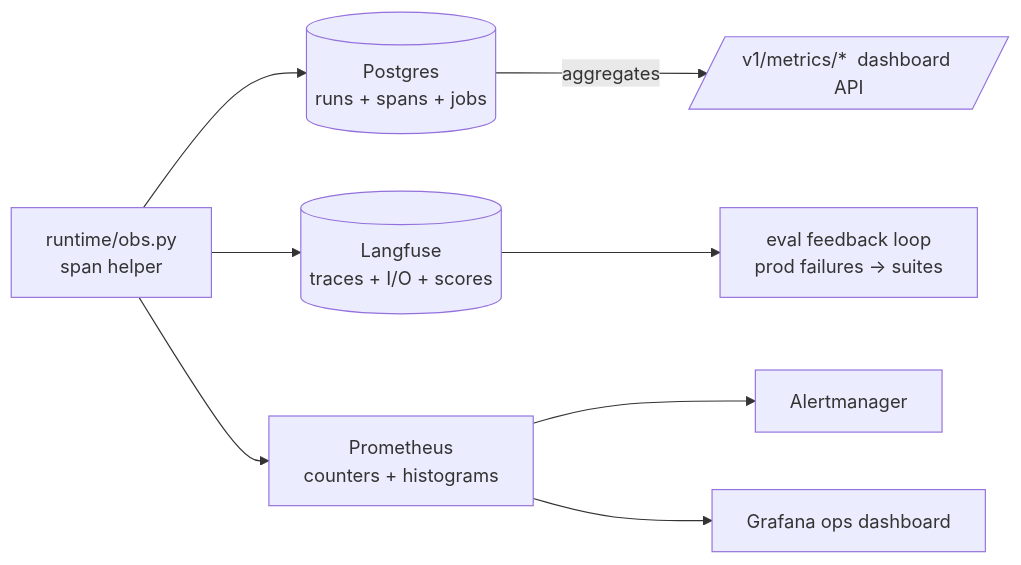
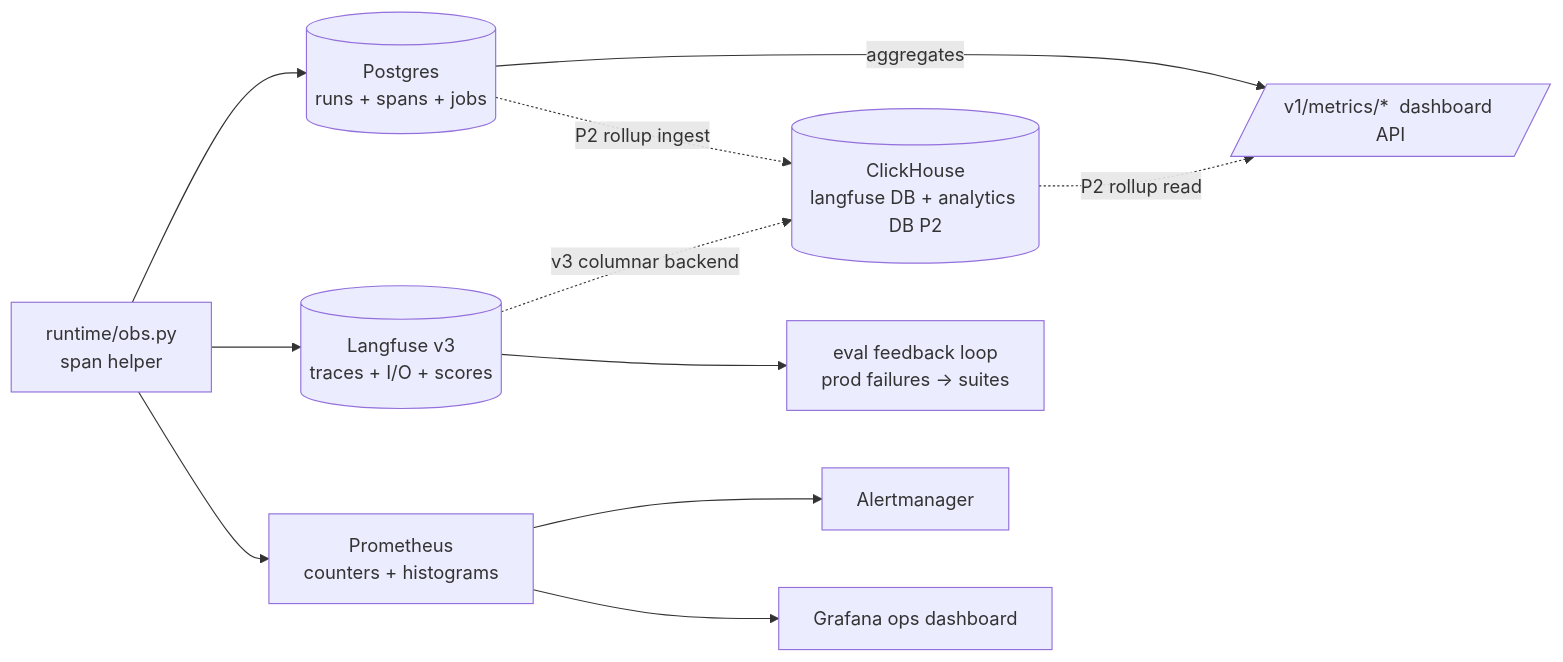
Before and after one commit to gargraman/agent-catalyst: the diagram in docs/backend/10-observability-monitoring.md, drawn with Mermaid. The commit also changed other lines of this file and 68 other files, not shown here.

````diff
--- a/docs/backend/10-observability-monitoring.md
+++ b/docs/backend/10-observability-monitoring.md
@@ -91,10 +92,13 @@
 ```mermaid
 flowchart LR
   RT[runtime/obs.py<br/>span helper] --> PG[(Postgres<br/>runs + spans + jobs)]
-  RT --> LF[(Langfuse<br/>traces + I/O + scores)]
+  RT --> LF[(Langfuse v3<br/>traces + I/O + scores)]
   RT --> PROM[Prometheus<br/>counters + histograms]
+  LF -. v3 columnar backend .-> CH[(ClickHouse<br/>langfuse DB + analytics DB P2)]
   PG -->|aggregates| METRICS[/v1/metrics/*  dashboard API/]
+  PG -. P2 rollup ingest .-> CH
+  CH -. P2 rollup read .-> METRICS
   LF --> EVAL[eval feedback loop<br/>prod failures → suites]
   PROM --> ALERT[Alertmanager]
   PROM --> GRAF[Grafana ops dashboard]
 ```
````
